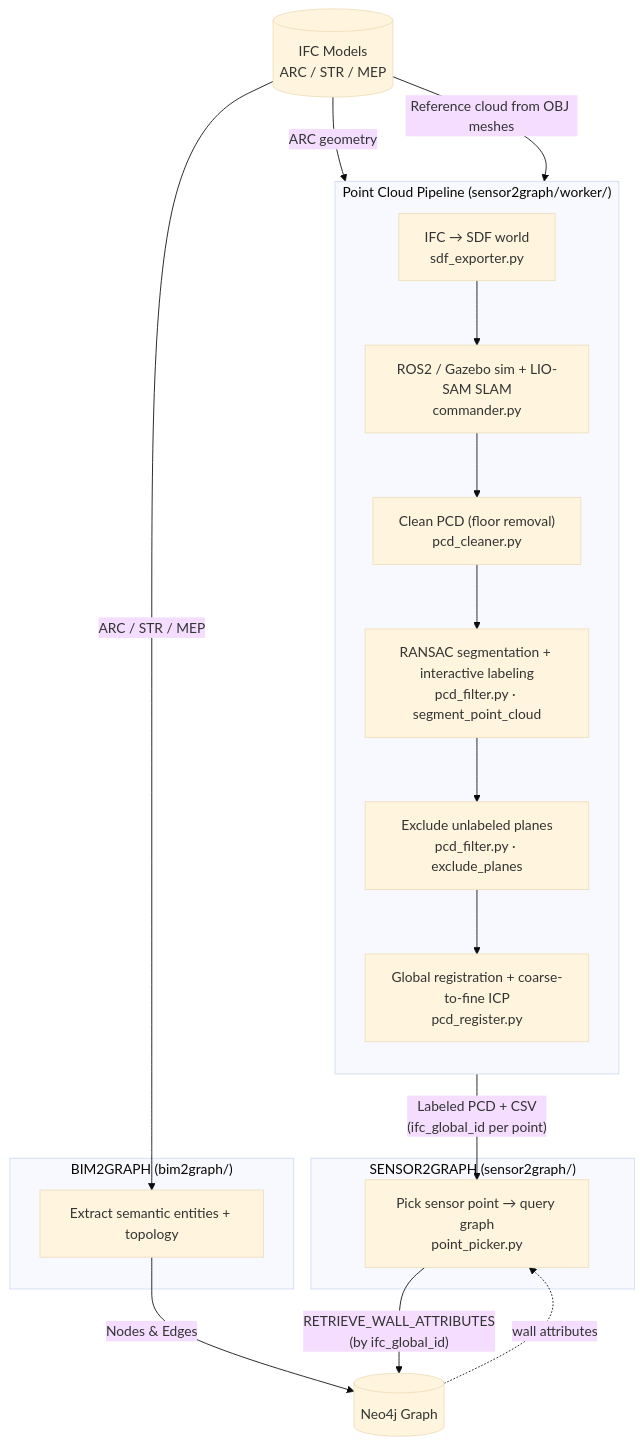
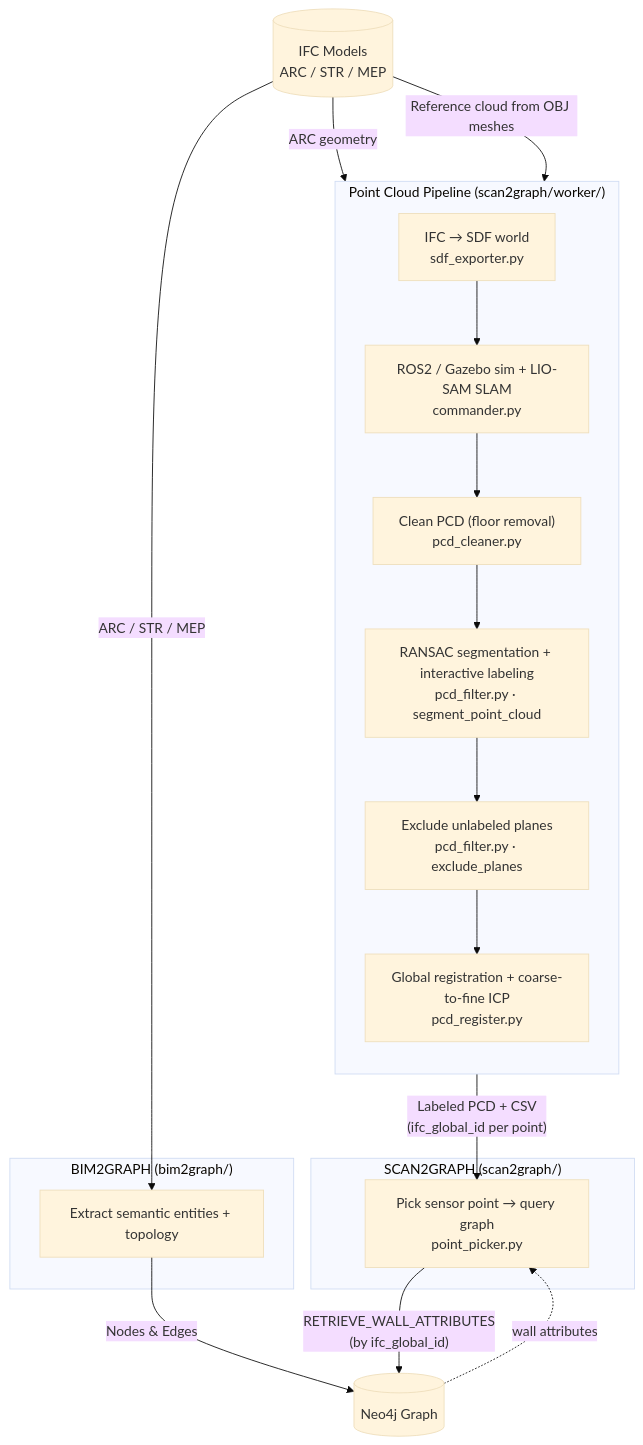
Before and after one commit to GunwoongBang/bim3dscenegraph: the diagram in README.md, drawn with Mermaid (base theme). The commit also changed other lines of this file and 19 other files, not shown here.

Commit message:
sensor2graph to scan2graph

````diff
--- a/README.md
+++ b/README.md
@@ -51,33 +51,33 @@
 ```mermaid
 flowchart TB
     IFC[("IFC Models\nARC / STR / MEP")]
 
     subgraph BIM2GRAPH["BIM2GRAPH  (bim2graph/)"]
         B2G["Extract semantic entities + topology"]
     end
 
     NEO4J[("Neo4j Graph")]
 
-    subgraph PCP["Point Cloud Pipeline  (sensor2graph/worker/)"]
+    subgraph PCP["Point Cloud Pipeline  (scan2graph/worker/)"]
         direction TB
         SDF["IFC → SDF world\nsdf_exporter.py"]
         SIM["ROS2 / Gazebo sim + LIO-SAM SLAM\ncommander.py"]
         CLEAN["Clean PCD (floor removal)\npcd_cleaner.py"]
         SEG["RANSAC segmentation + interactive labeling\npcd_filter.py · segment_point_cloud"]
         EXC["Exclude unlabeled planes\npcd_filter.py · exclude_planes"]
         REG["Global registration + coarse-to-fine ICP\npcd_register.py"]
         SDF --> SIM --> CLEAN --> SEG --> EXC --> REG
     end
 
-    subgraph SENSOR2GRAPH["SENSOR2GRAPH  (sensor2graph/)"]
+    subgraph SCAN2GRAPH["SCAN2GRAPH  (scan2graph/)"]
         S2G["Pick sensor point → query graph\npoint_picker.py"]
     end
 
     IFC -->|ARC / STR / MEP| B2G
     B2G -->|"Nodes & Edges"| NEO4J
     IFC -->|ARC geometry| SDF
     IFC -->|"Reference cloud from OBJ meshes"| REG
     REG -->|"Labeled PCD + CSV\n(ifc_global_id per point)"| S2G
     S2G -->|"RETRIEVE_WALL_ATTRIBUTES\n(by ifc_global_id)"| NEO4J
     NEO4J -.->|wall attributes| S2G
 ```
````
